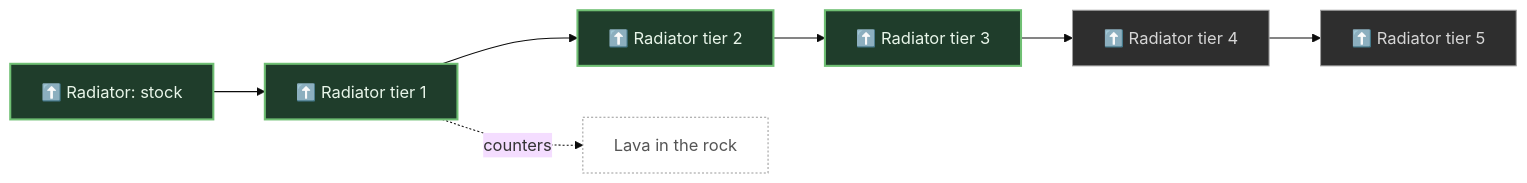
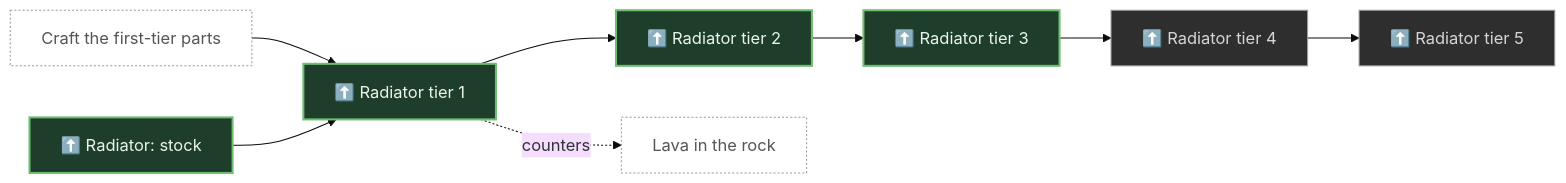
Before and after one commit to pkeppeler/deepcharter: the eighth of 30 diagrams in docs/FEATURE-MAP.md, drawn with Mermaid (base theme). The commit also changed other lines of this file and 51 other files, not shown here.

Commit message:
Craft tier 1 of a Mole's six stock tracks as units fitted by use (#536)

````diff
--- a/docs/FEATURE-MAP.md
+++ b/docs/FEATURE-MAP.md
@@ -501,24 +515,26 @@
 ```mermaid
 flowchart LR
   n_radiator_stock["⬆️ Radiator: stock"]
   n_radiator_t1["⬆️ Radiator tier 1"]
   n_radiator_t2["⬆️ Radiator tier 2"]
   n_radiator_t3["⬆️ Radiator tier 3"]
   n_radiator_t4["⬆️ Radiator tier 4"]
   n_radiator_t5["⬆️ Radiator tier 5"]
   n_lava["Lava in the rock"]
+  n_parts_from_crafting["Craft the first-tier parts"]
+  n_parts_from_crafting --> n_radiator_t1
   n_radiator_stock --> n_radiator_t1
   n_radiator_t1 -. counters .-> n_lava
   n_radiator_t1 --> n_radiator_t2
   n_radiator_t2 --> n_radiator_t3
   n_radiator_t3 --> n_radiator_t4
   n_radiator_t4 --> n_radiator_t5
   classDef built fill:#1f3d2b,stroke:#6fbf73,stroke-width:2px,color:#e8f5e9
   classDef progress fill:#4a3a10,stroke:#f0b429,stroke-width:2px,color:#fff3d6
   classDef planned fill:#2e2e2e,stroke:#9e9e9e,stroke-width:1px,color:#d6d6d6
   classDef idea fill:#1a1a1a,stroke:#757575,stroke-width:1px,stroke-dasharray:4 3,color:#a0a0a0
   classDef ext fill:#ffffff,stroke:#999999,stroke-width:1px,stroke-dasharray:2 2,color:#555555
   class n_radiator_stock,n_radiator_t1,n_radiator_t2,n_radiator_t3 built
   class n_radiator_t4,n_radiator_t5 planned
-  class n_lava ext
+  class n_lava,n_parts_from_crafting ext
 ```
````
